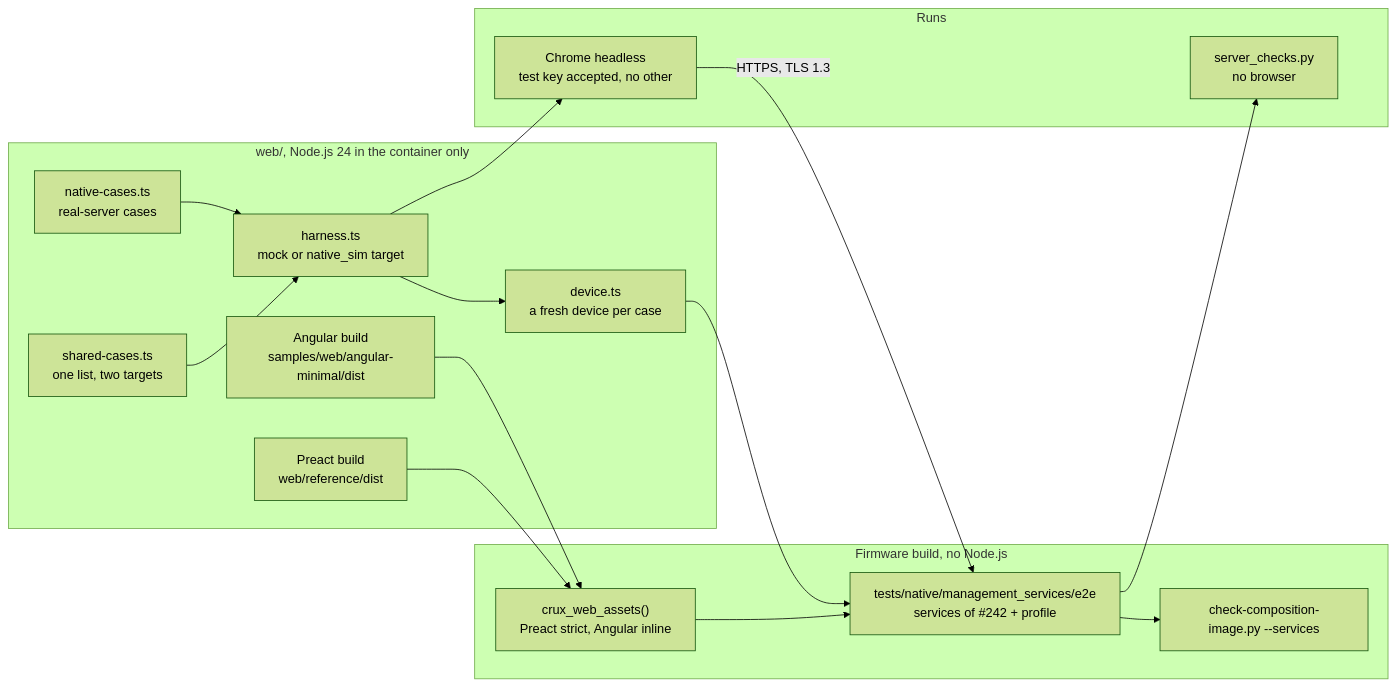
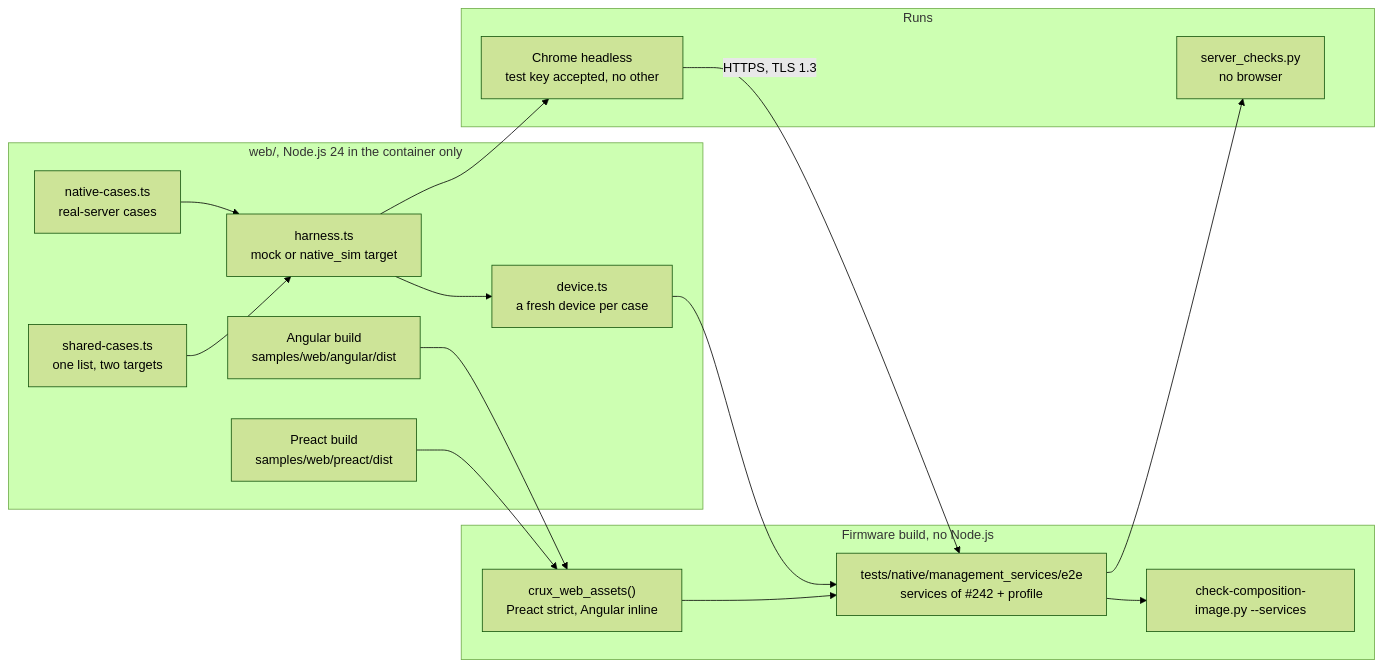
One commit to wonny-labs/crux-pilot changed the first of 3 diagrams in docs/e2e-native-220.md. Above: the diagram before and after it, drawn with Mermaid (forest theme). The commit also changed 74 other files, not shown here.

First line of the commit message:
Move the Preact example to samples/web/preact and rename both examples by framework

````diff
--- a/docs/e2e-native-220.md
+++ b/docs/e2e-native-220.md
@@ -50,29 +50,29 @@
 ```mermaid
 flowchart LR
     subgraph web["web/, Node.js 24 in the container only"]
-        build["Preact build<br/>web/reference/dist"]
-        ngbuild["Angular build<br/>samples/web/angular-minimal/dist"]
+        build["Preact build<br/>samples/web/preact/dist"]
+        ngbuild["Angular build<br/>samples/web/angular/dist"]
         cases["shared-cases.ts<br/>one list, two targets"]
         native["native-cases.ts<br/>real-server cases"]
         harness["harness.ts<br/>mock or native_sim target"]
         device["device.ts<br/>a fresh device per case"]
     end
     subgraph fw["Firmware build, no Node.js"]
         pack["crux_web_assets()<br/>Preact strict, Angular inline"]
         image["tests/native/management_services/e2e<br/>services of #242 + profile"]
         check["check-composition-image.py --services"]
     end
     subgraph run["Runs"]
         server["server_checks.py<br/>no browser"]
         chrome["Chrome headless<br/>test key accepted, no other"]
     end
     build --> pack
     ngbuild --> pack
     pack --> image --> check
     image --> server
     cases --> harness
     native --> harness
     harness --> device --> image
     harness --> chrome
     chrome -- "HTTPS, TLS 1.3" --> image
 ```
````
